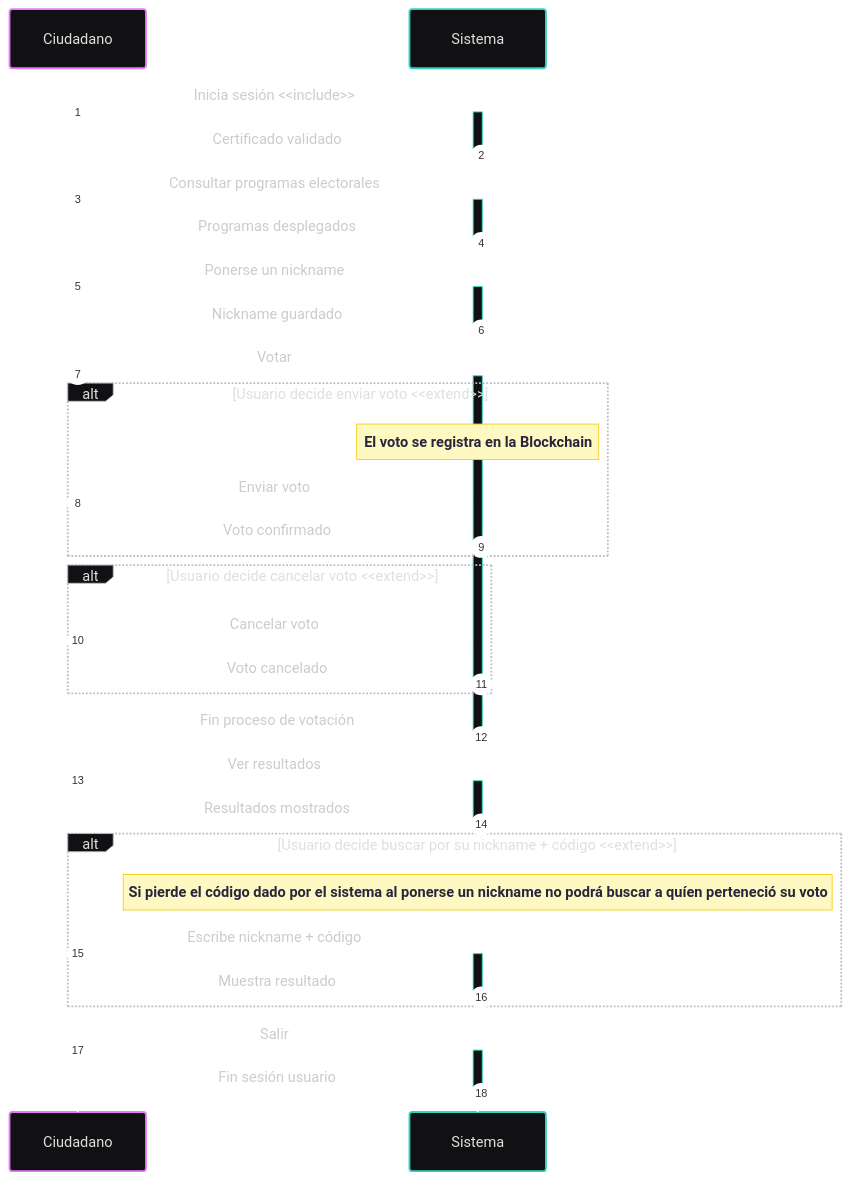
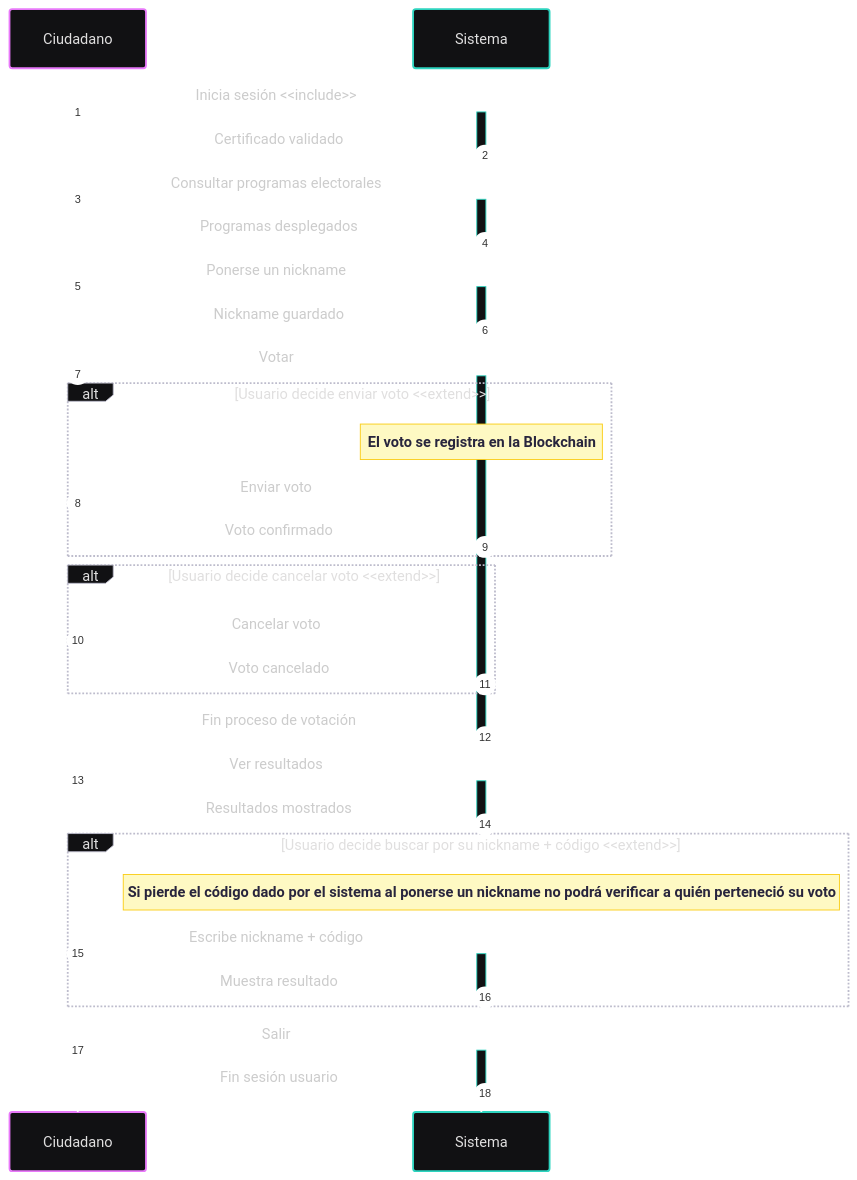
One commit to OnyxVariables/AGORA changed the second of 3 diagrams in docs/Diagrama_Secuencia.md. Above: the diagram before and after it, drawn with Mermaid. The commit also changed other lines of this file and 6 other files, not shown here.

````diff
--- a/docs/Diagrama_Secuencia.md
+++ b/docs/Diagrama_Secuencia.md
@@ -129,45 +129,45 @@
 ```mermaid
 ---
 config:
   theme: redux-dark-color
 ---
 sequenceDiagram
     autonumber
 
     %% Flujo Ciudadano
     Ciudadano->>+Sistema: Inicia sesión <<include>>
     Sistema-->>-Ciudadano: Certificado validado
 
     Ciudadano->>+Sistema: Consultar programas electorales
     Sistema-->>-Ciudadano: Programas desplegados
 
     Ciudadano->>+Sistema: Ponerse un nickname
     Sistema-->>-Ciudadano: Nickname guardado
 
     Ciudadano->>+Sistema: Votar
 
     alt Usuario decide enviar voto <<extend>>
         Note over Sistema: El voto se registra en la Blockchain
         Ciudadano->>Sistema: Enviar voto
         Sistema-->>Ciudadano: Voto confirmado
     end
 
     alt Usuario decide cancelar voto <<extend>>
         Ciudadano->>Sistema: Cancelar voto
         Sistema-->>Ciudadano: Voto cancelado
     end
 
     Sistema-->>-Ciudadano: Fin proceso de votación
 
     Ciudadano->>+Sistema: Ver resultados
     Sistema-->>-Ciudadano: Resultados mostrados
 
     alt Usuario decide buscar por su nickname + código <<extend>>
-        Note over Sistema: Si pierde el código dado por el sistema al ponerse un nickname no podrá buscar a quíen perteneció su voto
+        Note over Sistema: Si pierde el código dado por el sistema al ponerse un nickname no podrá verificar a quién perteneció su voto
         Ciudadano->>+Sistema: Escribe nickname + código
         Sistema-->>-Ciudadano: Muestra resultado
     end
 
     Ciudadano->>+Sistema: Salir
     Sistema-->>-Ciudadano: Fin sesión usuario
 ```
````
